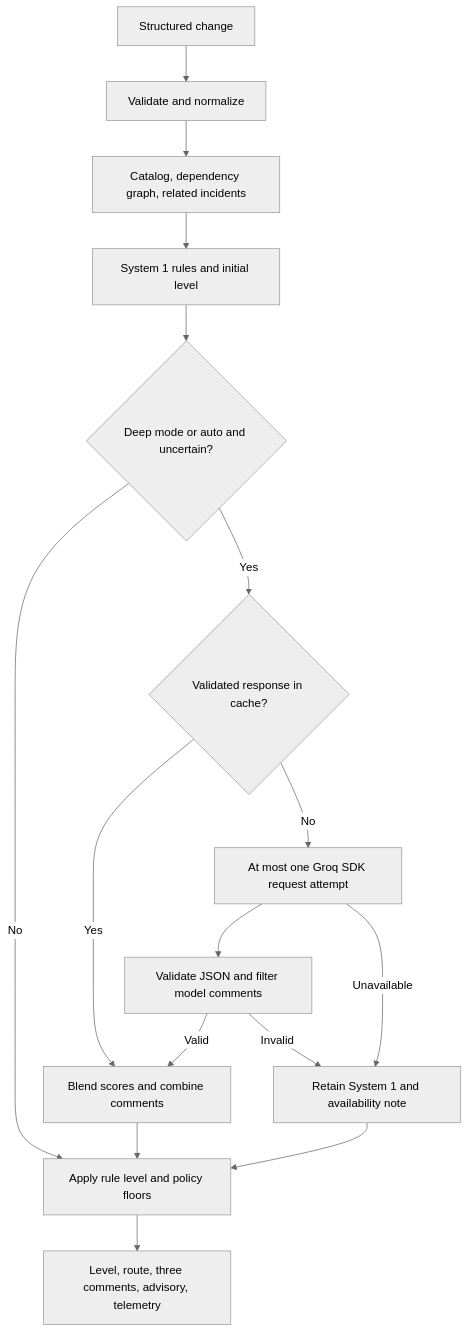
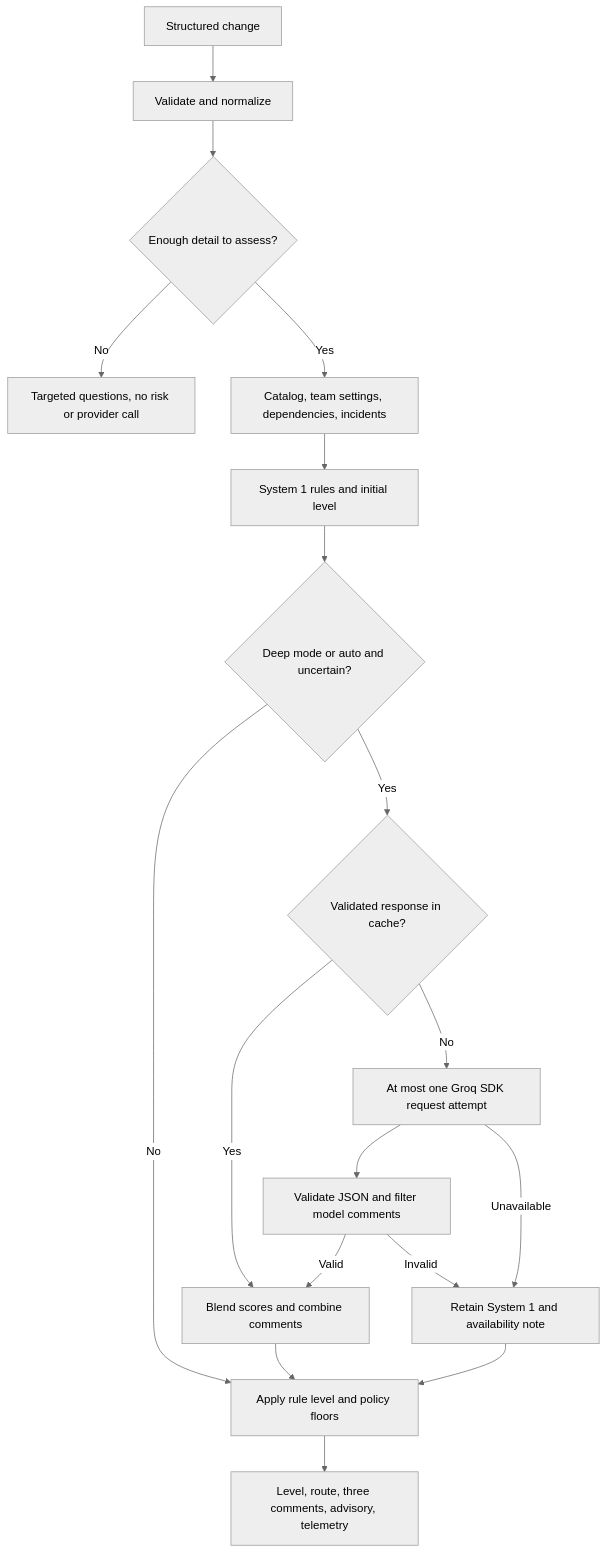
One commit to rajesamp/CRA2 changed the diagram in docs/architecture.md. Above: the diagram before and after it, drawn with Mermaid (neutral theme). The commit also changed other lines of this file and 30 other files, not shown here.

````diff
--- a/docs/architecture.md
+++ b/docs/architecture.md
@@ -13,18 +15,20 @@
 ```mermaid
 flowchart TD
     Input[Structured change] --> Validate[Validate and normalize]
-    Validate --> Context[Catalog, dependency graph, related incidents]
+    Validate --> Complete{Enough detail to assess?}
+    Complete -- No --> Clarify[Targeted questions, no risk or provider call]
+    Complete -- Yes --> Context[Catalog, team settings, dependencies, incidents]
     Context --> Rules[System 1 rules and initial level]
     Rules --> Select{Deep mode or auto and uncertain?}
     Select -- No --> Floor[Apply rule level and policy floors]
     Select -- Yes --> Cache{Validated response in cache?}
     Cache -- Yes --> Blend[Blend scores and combine comments]
     Cache -- No --> Groq[At most one Groq SDK request attempt]
     Groq --> ValidateResponse[Validate JSON and filter model comments]
     ValidateResponse -- Valid --> Blend
     Groq -- Unavailable --> Fallback[Retain System 1 and availability note]
     ValidateResponse -- Invalid --> Fallback
     Fallback --> Floor
     Blend --> Floor
     Floor --> Output[Level, route, three comments, advisory, telemetry]
 ```
````
